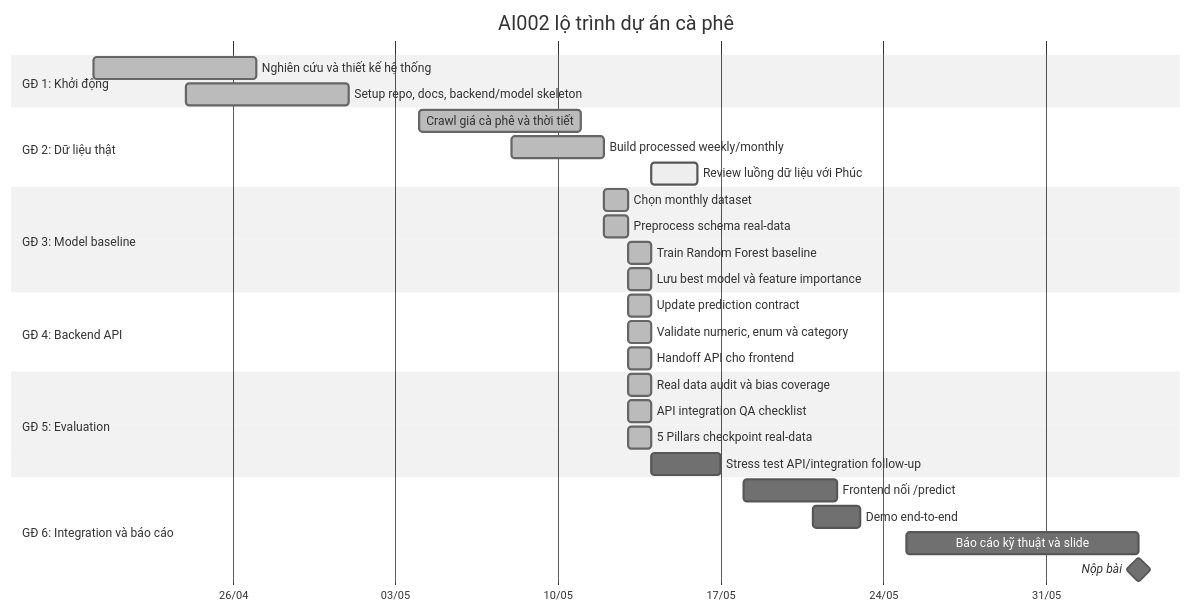
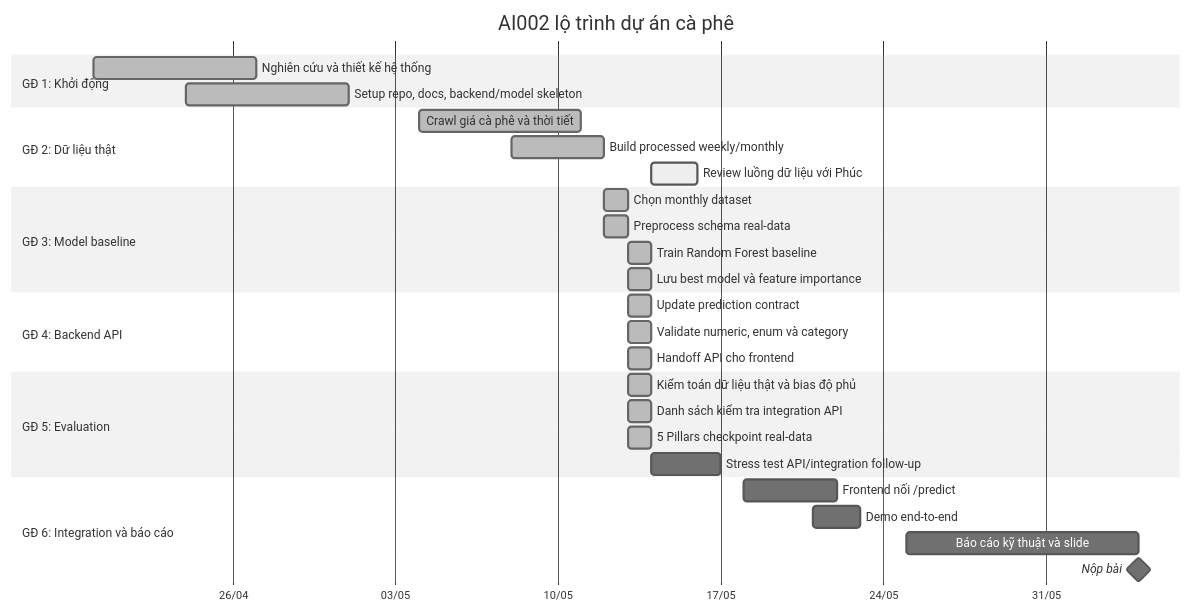
One commit to uit-25730067-chithanh/AI002-Team22-DT10 changed the third of 8 diagrams in docs/project-roadmap.md. Above: the diagram before and after it, drawn with Mermaid (neutral theme). The commit also changed other lines of this file and 2 other files, not shown here.

First line of the commit message:
docs(core): update README, codebase summary and project roadmap

````diff
--- a/docs/project-roadmap.md
+++ b/docs/project-roadmap.md
@@ -60,39 +60,39 @@
 ```mermaid
 gantt
     title AI002 lộ trình dự án cà phê
     dateFormat  YYYY-MM-DD
     tickInterval 1w
     axisFormat  %d/%m
 
     section GĐ 1: Khởi động
     Nghiên cứu và thiết kế hệ thống          :done, a1, 2026-04-20, 7d
     Setup repo, docs, backend/model skeleton :done, a2, 2026-04-24, 7d
 
     section GĐ 2: Dữ liệu thật
     Crawl giá cà phê và thời tiết            :done, b1, 2026-05-04, 7d
     Build processed weekly/monthly           :done, b2, 2026-05-08, 4d
     Review luồng dữ liệu với Phúc            :active, b3, 2026-05-14, 2d
 
     section GĐ 3: Model baseline
     Chọn monthly dataset                     :done, c1, 2026-05-12, 1d
     Preprocess schema real-data              :done, c2, 2026-05-12, 1d
     Train Random Forest baseline             :done, c3, 2026-05-13, 1d
     Lưu best model và feature importance     :done, c4, 2026-05-13, 1d
 
     section GĐ 4: Backend API
     Update prediction contract               :done, d1, 2026-05-13, 1d
     Validate numeric, enum và category       :done, d2, 2026-05-13, 1d
     Handoff API cho frontend                 :done, d3, 2026-05-13, 1d
 
     section GĐ 5: Evaluation
-    Real data audit và bias coverage         :done, e0, 2026-05-13, 1d
-    API integration QA checklist             :done, e1, 2026-05-13, 1d
+    Kiểm toán dữ liệu thật và bias độ phủ         :done, e0, 2026-05-13, 1d
+    Danh sách kiểm tra integration API             :done, e1, 2026-05-13, 1d
     5 Pillars checkpoint real-data           :done, e2, 2026-05-13, 1d
     Stress test API/integration follow-up    :e3, 2026-05-14, 3d
 
     section GĐ 6: Integration và báo cáo
     Frontend nối /predict                    :f1, 2026-05-18, 4d
     Demo end-to-end                          :f2, 2026-05-21, 2d
     Báo cáo kỹ thuật và slide                :f3, 2026-05-25, 10d
     Nộp bài                                  :milestone, f4, 2026-06-04, 0d
 ```
````
